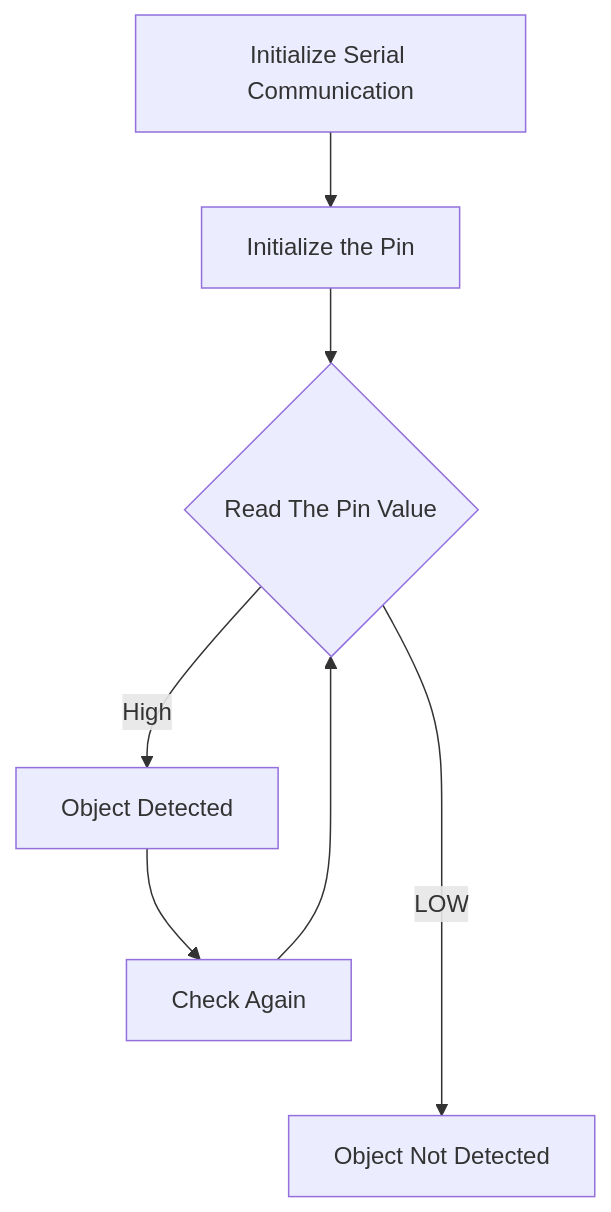
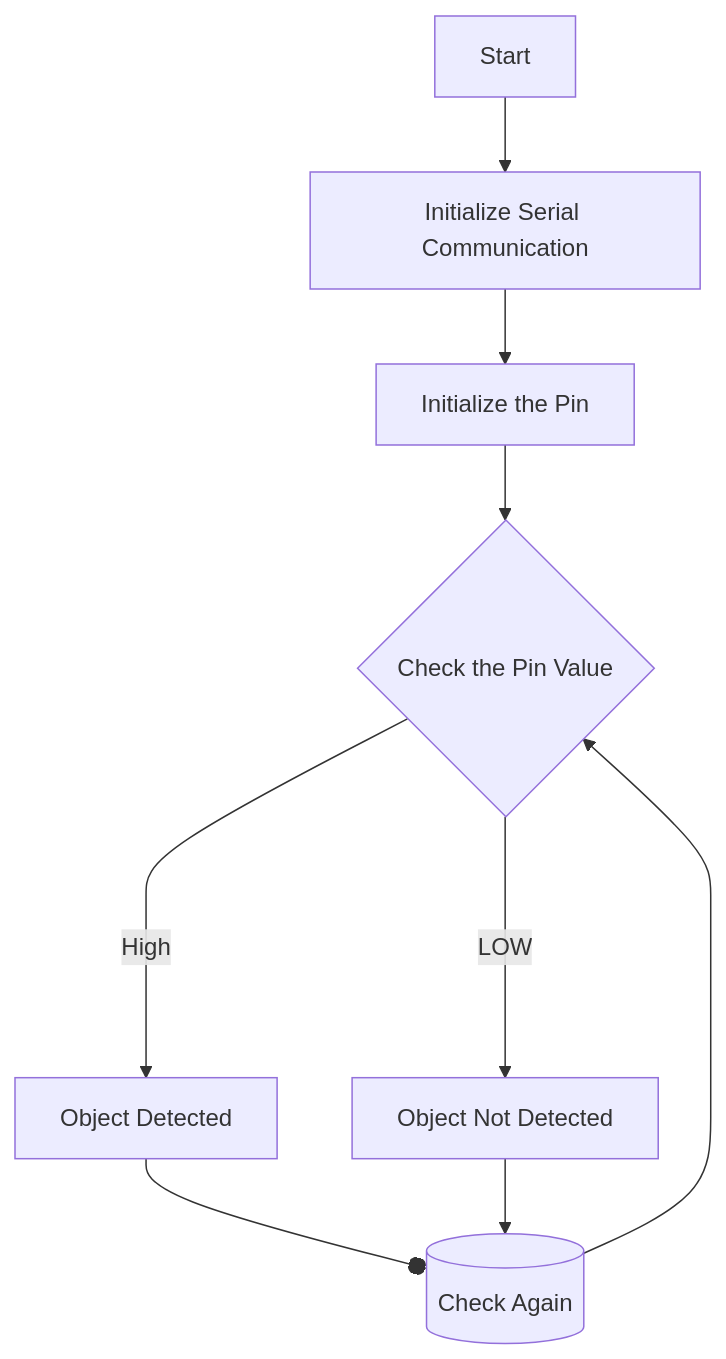
The diagram in README.md (aruncs31s/Embedded-Systems-Workshop), drawn with Mermaid before and after one commit. The commit also changed other lines of this file and 9 other files, not shown here.

````diff
--- a/README.md
+++ b/README.md
@@ -32,10 +32,11 @@
 ```mermaid
 flowchart TD
-
+    AAA[Start] --> A
     A[Initialize Serial Communication] --> AA[Initialize the Pin]
-    AA  --> B{Read The Pin Value}
+    AA  --> B{Check the Pin Value}
     B -->|High| C[Object Detected]
-    C --> D[Check Again]
+    C --o D[(Check Again)]
     D --> B
     B ---->|LOW| E[Object Not Detected]
+    E --> D
 ```
````
